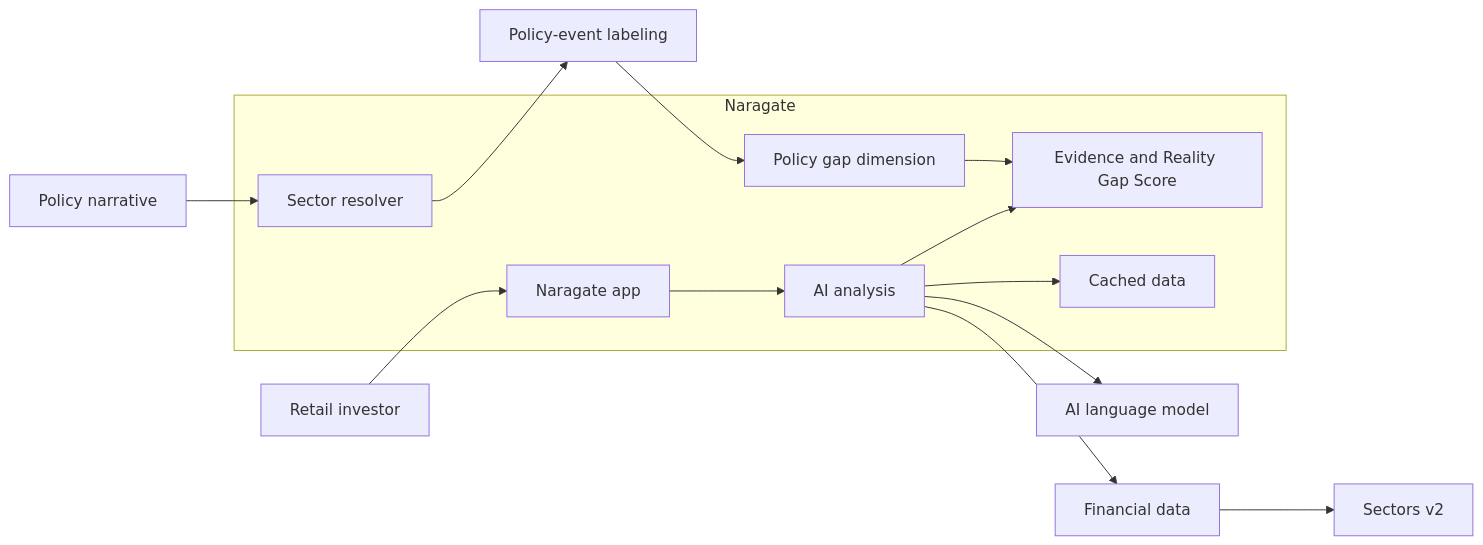
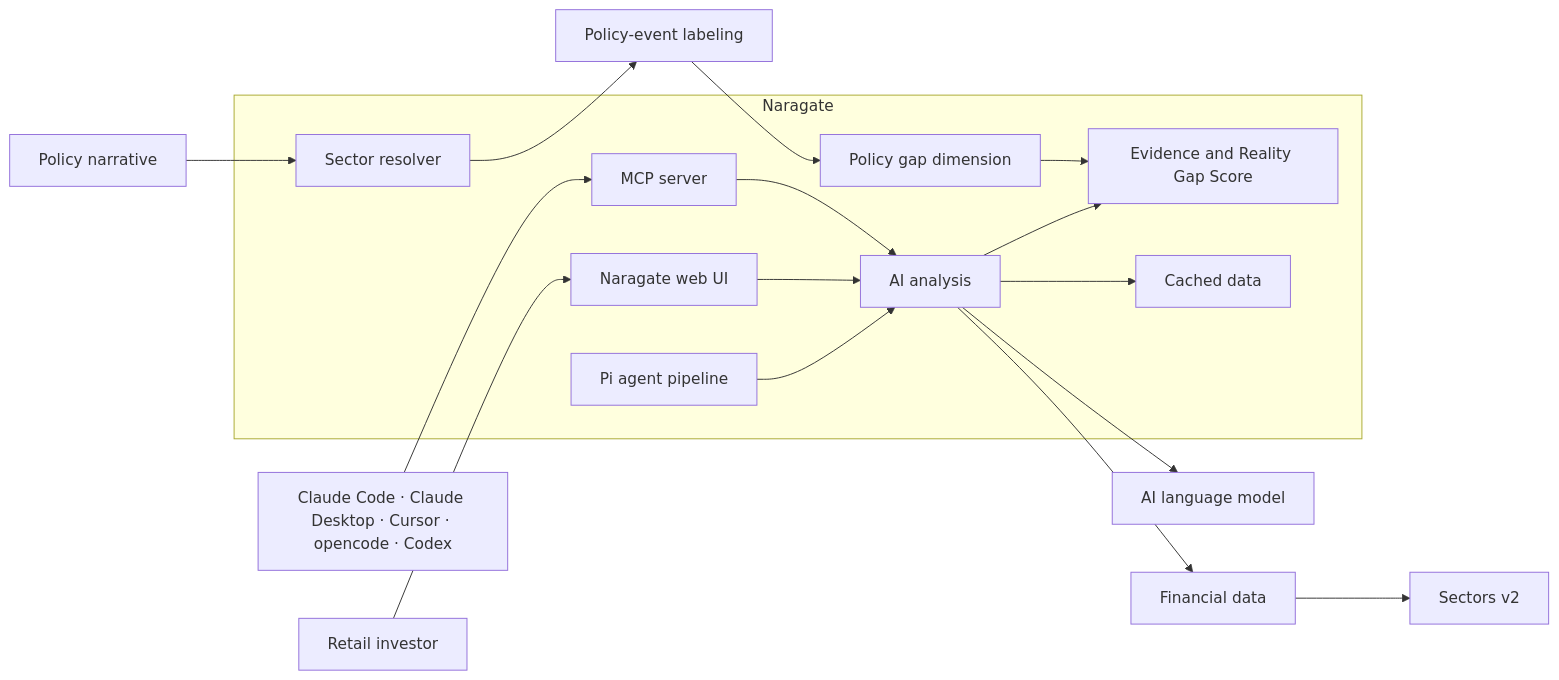
One commit to masdevid/naragate changed the diagram in README.md. Above: the diagram before and after it, drawn with Mermaid. The commit also changed other lines of this file and 7 other files, not shown here.

````diff
--- a/README.md
+++ b/README.md
@@ -114,23 +122,28 @@
 ```mermaid
 flowchart LR
-  User[Retail investor] --> App[Naragate app]
+  User[Retail investor] --> App[Naragate web UI]
+  CLI[Claude Code · Claude Desktop · Cursor · opencode · Codex] --> MCP[MCP server]
+  Pi[Pi agent pipeline] --> Analysis
   App --> Analysis[AI analysis]
+  MCP --> Analysis
   Analysis --> Result[Evidence and Reality Gap Score]
   Analysis --> Data[Financial data]
   Data --> Sectors[Sectors v2]
   Analysis --> Cache[Cached data]
   Analysis --> LLM[AI language model]
   Policy[Policy narrative] --> Resolver[Sector resolver]
   Resolver --> PolicyEvidence[Policy-event labeling]
   PolicyEvidence --> Scorer[Policy gap dimension]
   Scorer --> Result
 
   subgraph Naragate[Naragate]
     App
+    MCP
+    Pi
     Analysis
     Result
     Cache
     Resolver
     Scorer
   end
 ```
````
